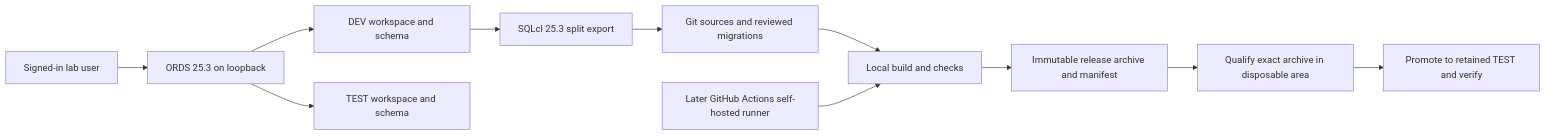
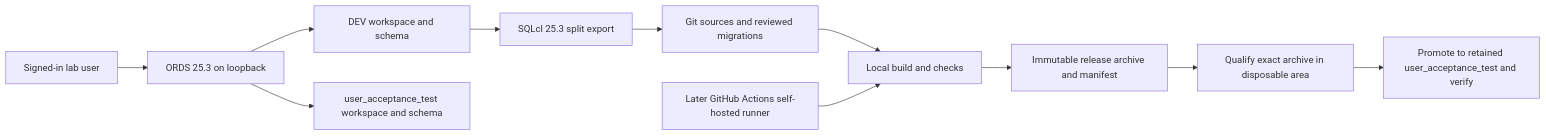
The first of 3 diagrams in docs/architecture.md (rstyczynski/APEX_CICD), drawn with Mermaid before and after one commit. The commit also changed other lines of this file and 52 other files, not shown here.

````diff
--- a/docs/architecture.md
+++ b/docs/architecture.md
@@ -21,13 +21,13 @@
 ```mermaid
 flowchart LR
   U[Signed-in lab user] --> O[ORDS 25.3 on loopback]
   O --> D[DEV workspace and schema]
-  O --> T[TEST workspace and schema]
+  O --> T[user_acceptance_test workspace and schema]
   D --> E[SQLcl 25.3 split export]
   E --> G[Git sources and reviewed migrations]
   G --> B[Local build and checks]
   B --> A[Immutable release archive and manifest]
   A --> Q[Qualify exact archive in disposable area]
-  Q --> V[Promote to retained TEST and verify]
+  Q --> V[Promote to retained user_acceptance_test and verify]
   H[Later GitHub Actions self-hosted runner] --> B
 ```
````
